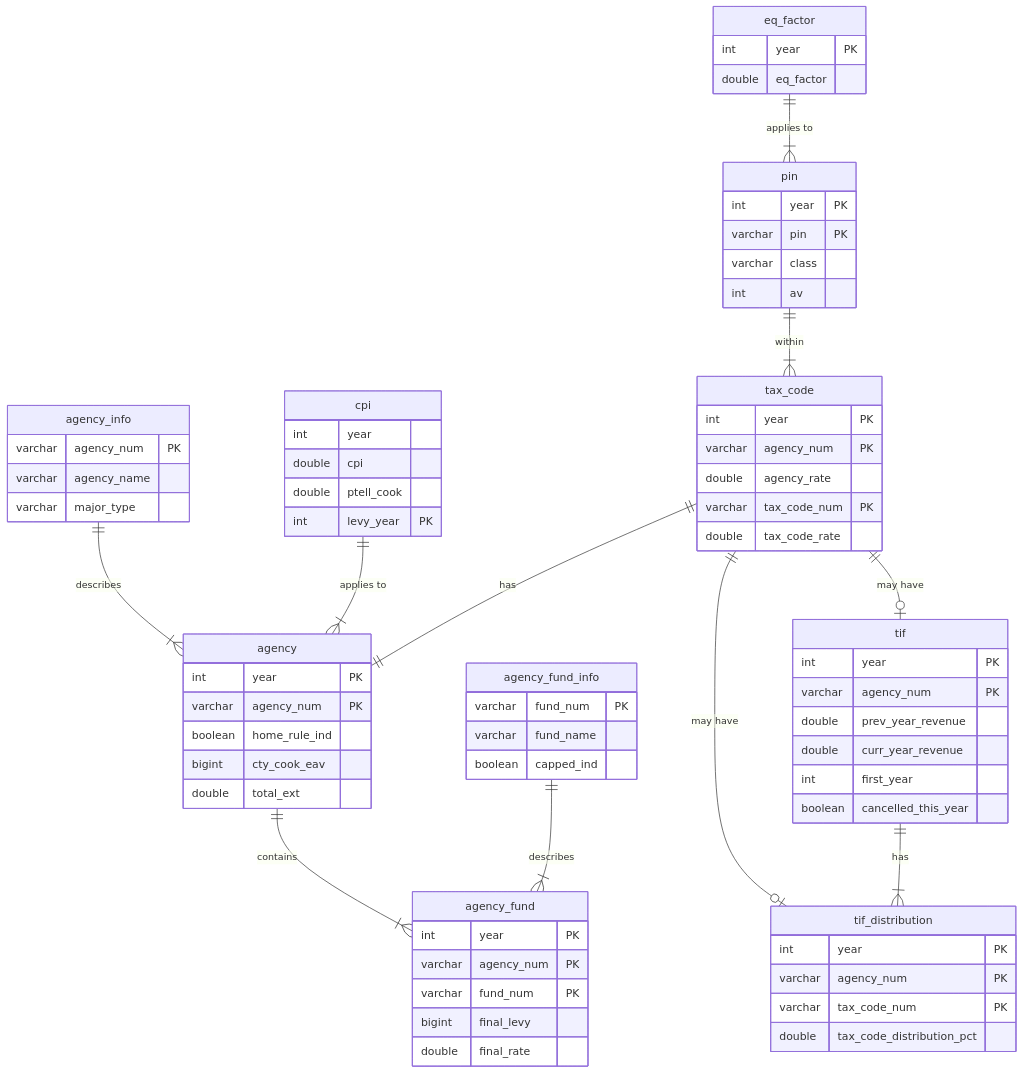
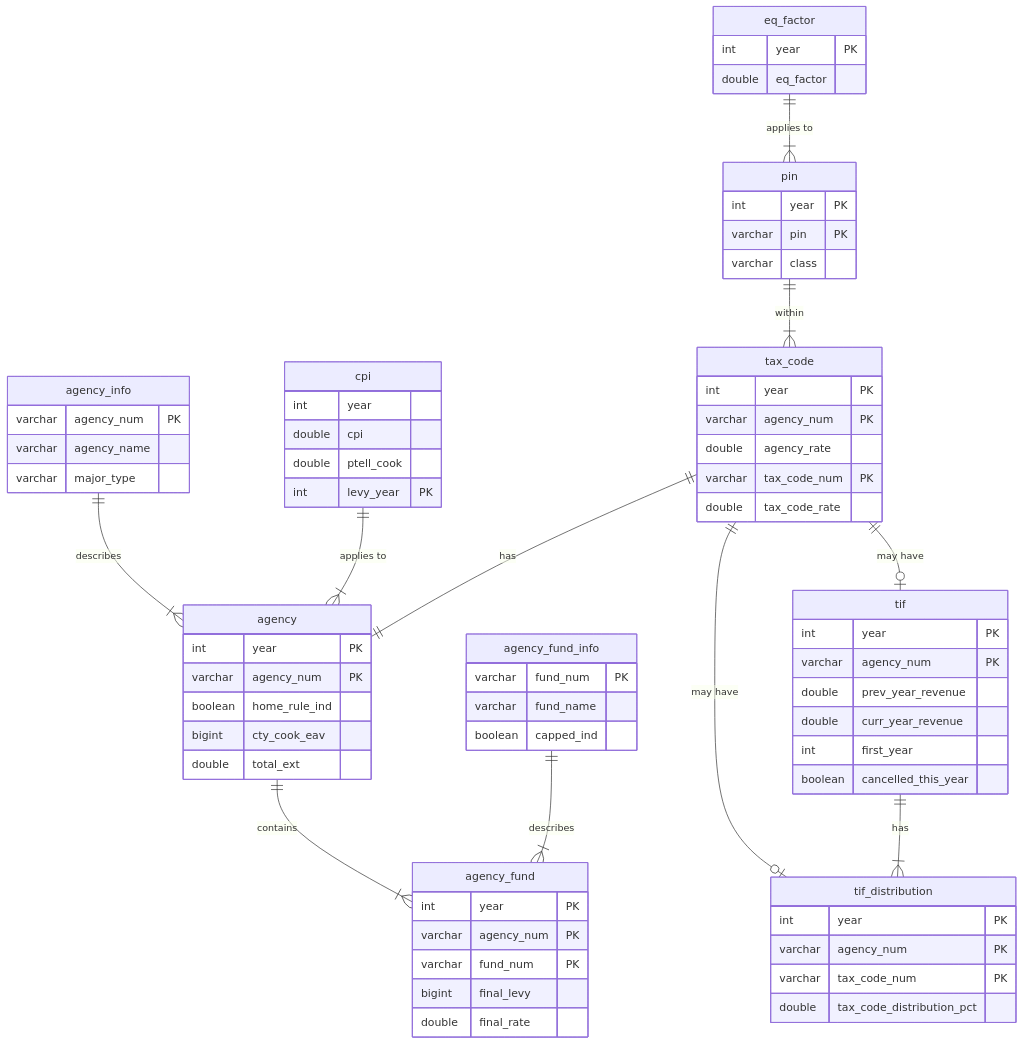
One commit to ccao-data/ptaxsim changed the second of 2 diagrams in README.Rmd. Above: the diagram before and after it, drawn with Mermaid. The commit also changed other lines of this file and 1 other file, not shown here.

Commit message:
Update pin table schema in README

```diff
--- a/README.Rmd
+++ b/README.Rmd
@@ -388,7 +391,6 @@
     int     year               PK
     varchar pin                PK
     varchar class
-    int     av
   }
 
   tax_code {
```
